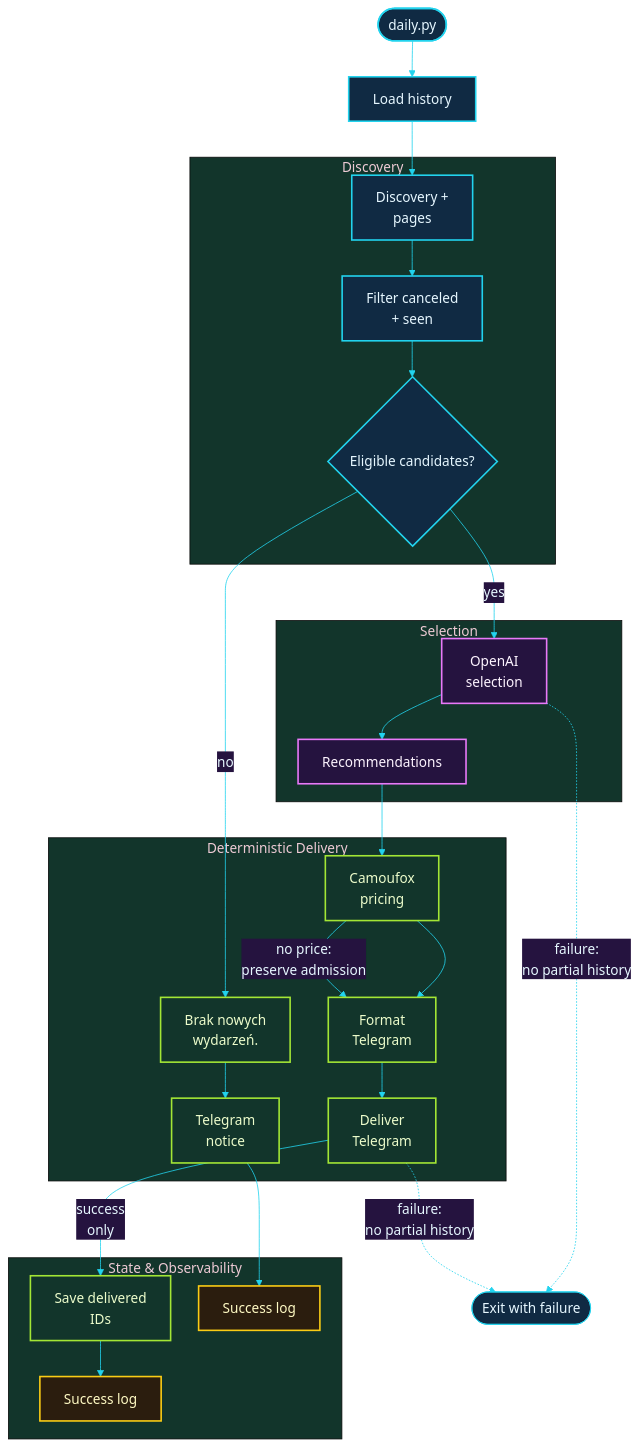
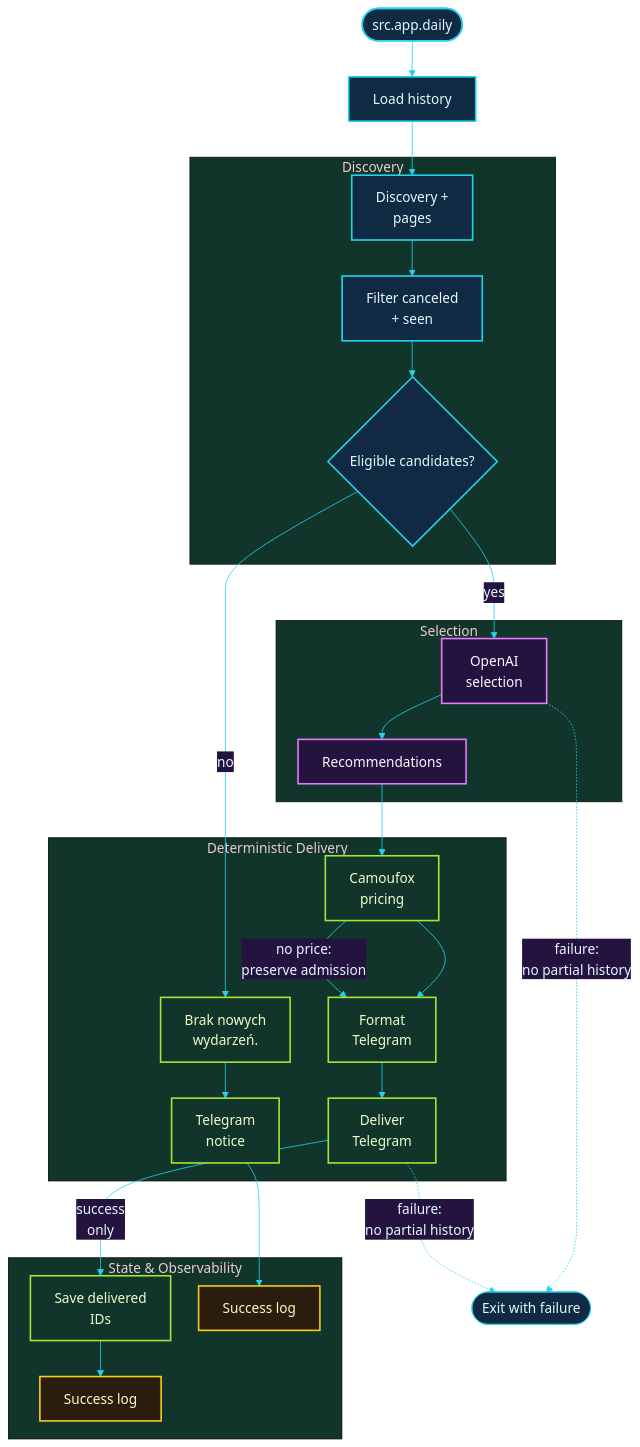
Before and after one commit to michalmarczuk/event-agent: the second of 3 diagrams in docs/architecture.md, drawn with Mermaid. The commit also changed other lines of this file and 6 other files, not shown here.

````diff
--- a/docs/architecture.md
+++ b/docs/architecture.md
@@ -94,45 +94,45 @@
 ```mermaid
 %%{init: {'theme': 'base', 'themeVariables': {'background': '#07111f', 'primaryColor': '#102a43', 'primaryTextColor': '#e6f7ff', 'primaryBorderColor': '#22d3ee', 'secondaryColor': '#25133f', 'tertiaryColor': '#12352b', 'lineColor': '#22d3ee', 'fontFamily': 'ui-sans-serif, system-ui', 'fontSize': '17px'}, 'flowchart': {'nodeSpacing': 35, 'rankSpacing': 45}}}%%
 flowchart TB
-    start(["daily.py"]) --> load["Load history"]
+    start(["src.app.daily"]) --> load["Load history"]
 
     subgraph discovery["Discovery"]
         search["Discovery +<br/>pages"] --> filter["Filter canceled<br/>+ seen"]
         filter --> eligible{"Eligible candidates?"}
     end
 
     subgraph selection["Selection"]
         agent["OpenAI<br/>selection"] --> recommendations["Recommendations"]
     end
 
     subgraph delivery["Deterministic Delivery"]
         enrich["Camoufox<br/>pricing"] --> format["Format<br/>Telegram"] --> send["Deliver<br/>Telegram"]
         no_events["Brak nowych<br/>wydarzeń."] --> no_events_send["Telegram<br/>notice"]
     end
 
     subgraph state["State & Observability"]
         persist["Save delivered<br/>IDs"]
         success["Success log"]
         no_events_success["Success log"]
     end
 
     load --> search
     eligible -->|"yes"| agent
     eligible -->|"no"| no_events
     recommendations --> enrich
     enrich -->|"no price:<br/>preserve admission"| format
     send -->|"success<br/>only"| persist --> success
     no_events_send --> no_events_success
 
     agent -. "failure:<br/>no partial history" .-> stop(["Exit with failure"])
     send -. "failure:<br/>no partial history" .-> stop
 
     classDef external fill:#102a43,stroke:#22d3ee,color:#e6f7ff,stroke-width:2px;
     classDef ai fill:#25133f,stroke:#e879f9,color:#fdf4ff,stroke-width:2px;
     classDef deterministic fill:#12352b,stroke:#a3e635,color:#ecfccb,stroke-width:2px;
     classDef observability fill:#2b1d0e,stroke:#facc15,color:#fef9c3,stroke-width:2px;
     class start,load,search,filter,eligible external;
     class agent,recommendations ai;
     class enrich,format,send,no_events,no_events_send,persist deterministic;
     class success,no_events_success observability;
 ```
````
